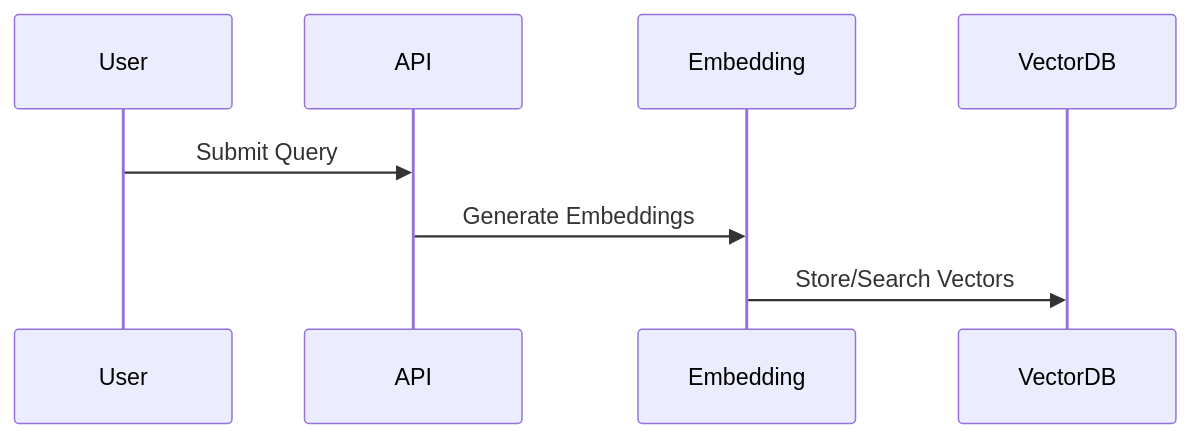
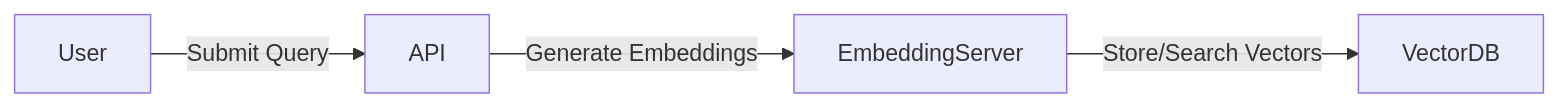
The second of 4 diagrams in opea-comps/opea-testing/technical_analysis.md (SuperNolvas/free-genai-bootcamp-2025), drawn with Mermaid before and after one commit. The commit also changed other lines of this file, not shown here.

Commit message:
Fix Mermaid diagram rendering, remove duplication to simplify pipeline illustration

````diff
--- a/opea-comps/opea-testing/technical_analysis.md
+++ b/opea-comps/opea-testing/technical_analysis.md
@@ -99,11 +99,4 @@
-   ```mermaid
-   sequenceDiagram
-       participant User
-       participant API
-       participant Embedding
-       participant VectorDB
-       
-       User->>API: Submit Query
-       API->>Embedding: Generate Embeddings
-       Embedding->>VectorDB: Store/Search Vectors
-   ```
+    ```mermaid
+    graph LR
+        User -- Submit Query --> API -- Generate Embeddings --> EmbeddingServer -- Store/Search Vectors --> VectorDB
+    ```
````
